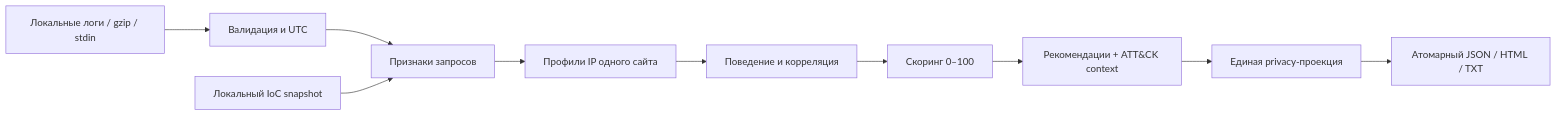
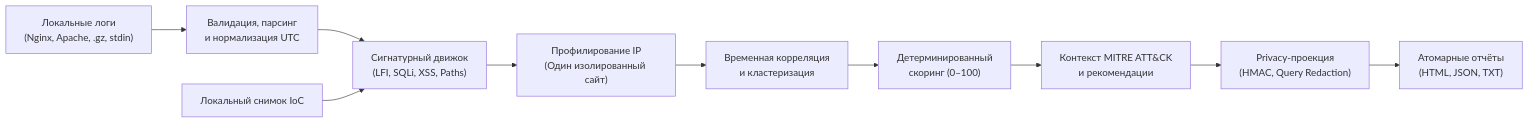
Before and after one commit to etern1ty-crypto/SIGMA-PROBE: the diagram in README.md, drawn with Mermaid. The commit also changed other lines of this file and 2 other files, not shown here.

Commit message:
docs: enrich README with investigation report dashboard, live analysis logs, and zero-dep architecture

````diff
--- a/README.md
+++ b/README.md
@@ -34,12 +52,12 @@
 ```mermaid
 flowchart LR
-    A[Локальные логи / gzip / stdin] --> B[Валидация и UTC]
-    B --> C[Признаки запросов]
-    I[Локальный IoC snapshot] --> C
-    C --> D[Профили IP одного сайта]
-    D --> E[Поведение и корреляция]
-    E --> F[Скоринг 0–100]
-    F --> G[Рекомендации + ATT&CK context]
-    G --> P[Единая privacy-проекция]
-    P --> H[Атомарный JSON / HTML / TXT]
+    A["Локальные логи<br/>(Nginx, Apache, .gz, stdin)"] --> B["Валидация, парсинг<br/>и нормализация UTC"]
+    B --> C["Сигнатурный движок<br/>(LFI, SQLi, XSS, Paths)"]
+    IoC["Локальный снимок IoC"] --> C
+    C --> D["Профилирование IP<br/>(Один изолированный сайт)"]
+    D --> E["Временная корреляция<br/>и кластеризация"]
+    E --> F["Детерминированный<br/>скоринг (0–100)"]
+    F --> G["Контекст MITRE ATT&CK<br/>и рекомендации"]
+    G --> P["Privacy-проекция<br/>(HMAC, Query Redaction)"]
+    P --> H["Атомарные отчёты<br/>(HTML, JSON, TXT)"]
 ```
````
